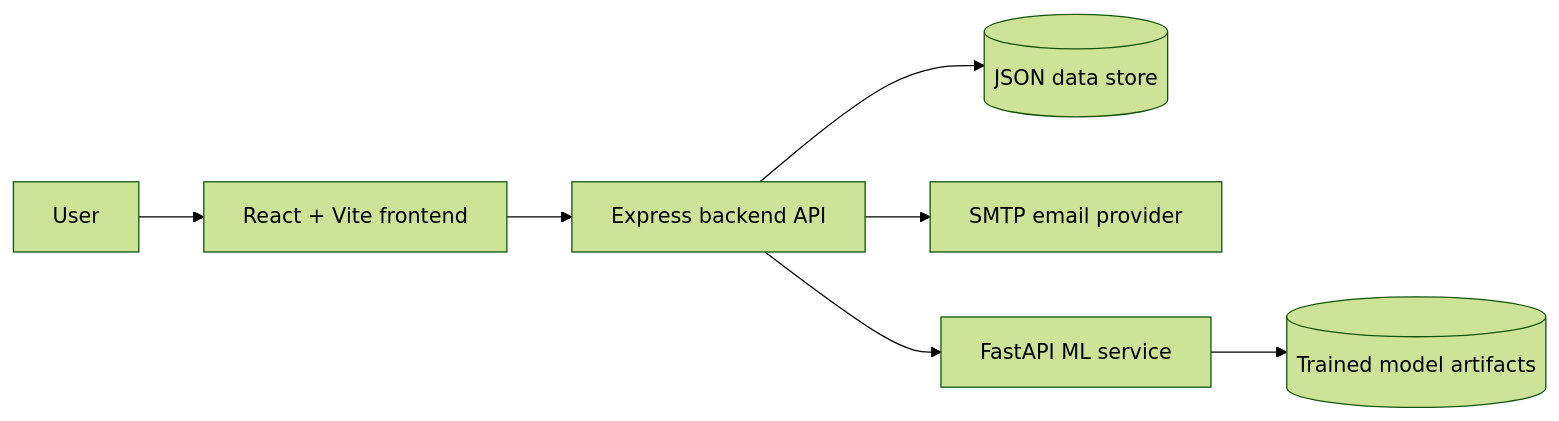
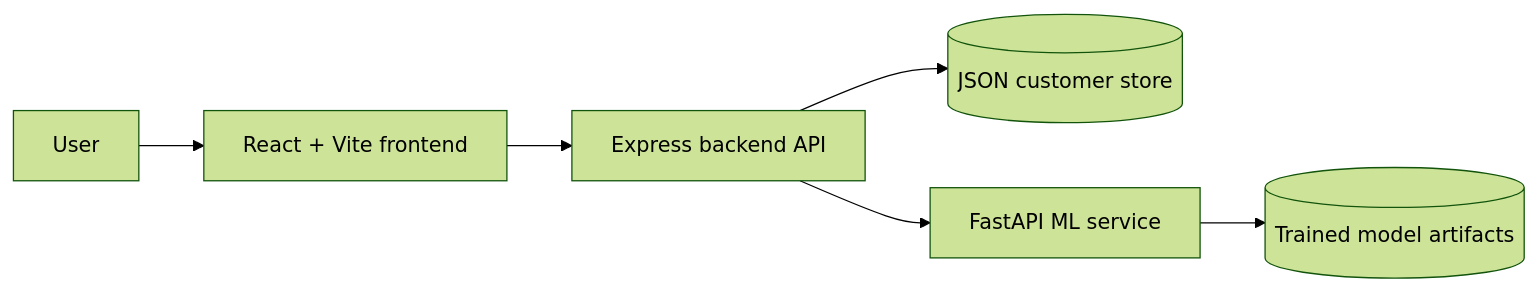
The diagram in README.md (Rehobotw/telecom-churn-prediction-platform), drawn with Mermaid (forest theme) before and after one commit. The commit also changed other lines of this file and 15 other files, not shown here.

````diff
--- a/README.md
+++ b/README.md
@@ -7,9 +7,8 @@
 ```mermaid
 flowchart LR
   User[User] --> Frontend[React + Vite frontend]
   Frontend --> Backend[Express backend API]
-  Backend --> Data[(JSON data store)]
-  Backend --> Mail[SMTP email provider]
+  Backend --> Data[(JSON customer store)]
   Backend --> ML[FastAPI ML service]
   ML --> Models[(Trained model artifacts)]
 ```
````
